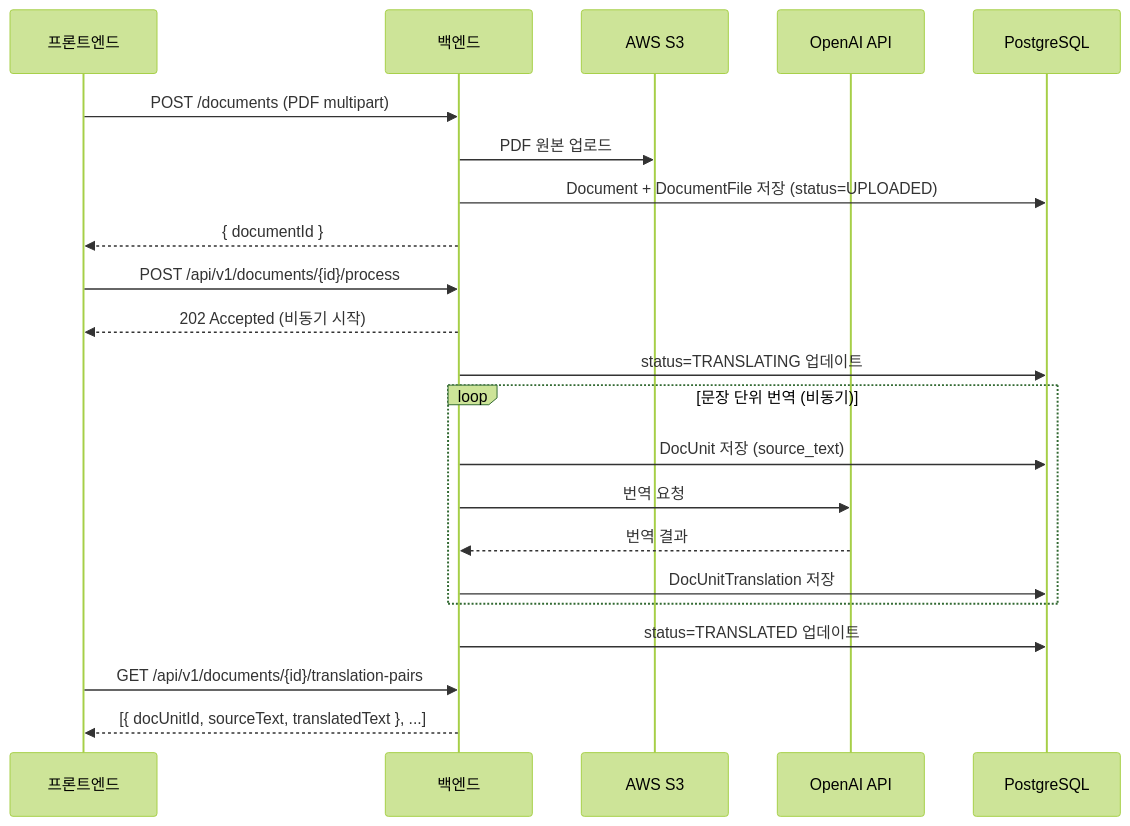
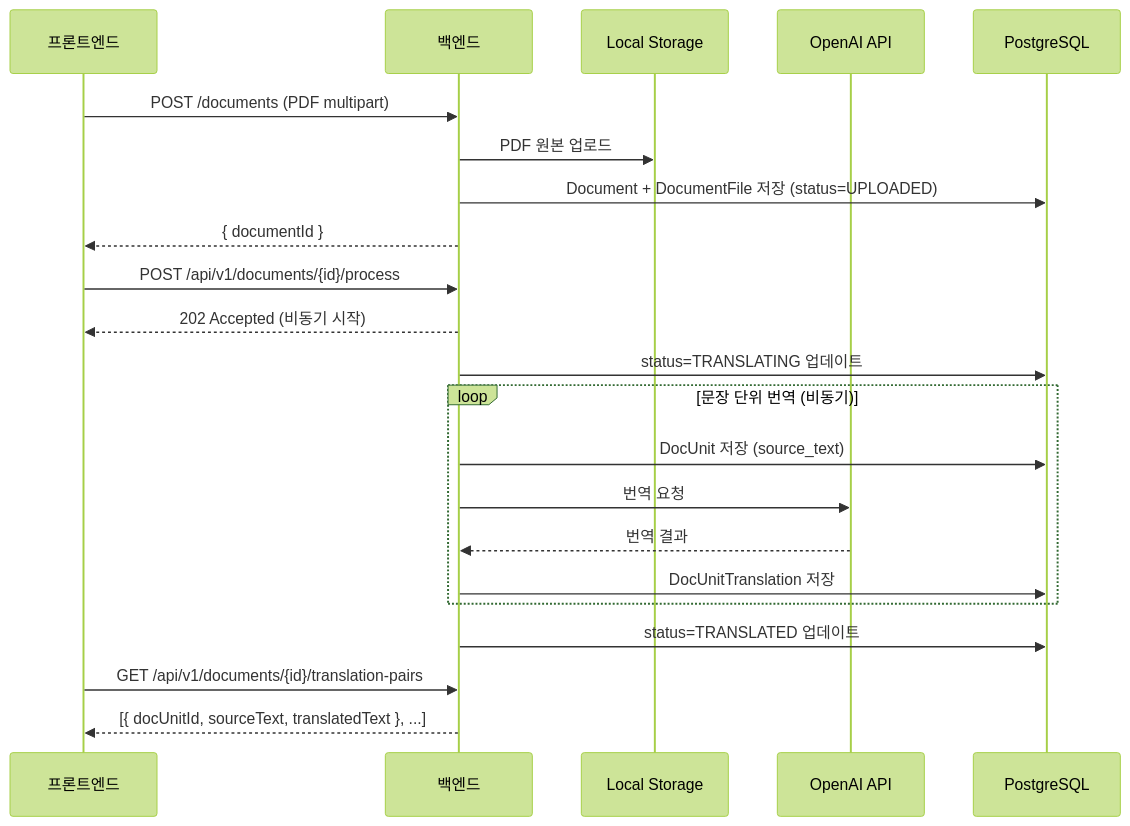
One commit to MintPansy/scholardot changed the second of 2 diagrams in docs/ARCHITECTURE.md. Above: the diagram before and after it, drawn with Mermaid (forest theme). The commit also changed other lines of this file and 30 other files, not shown here.

````diff
--- a/docs/ARCHITECTURE.md
+++ b/docs/ARCHITECTURE.md
@@ -58,29 +58,29 @@
 ```mermaid
 sequenceDiagram
     participant FE as 프론트엔드
     participant BE as 백엔드
-    participant S3 as AWS S3
+    participant S3 as Local Storage
     participant OpenAI as OpenAI API
     participant DB as PostgreSQL
 
     FE->>BE: POST /documents (PDF multipart)
     BE->>S3: PDF 원본 업로드
     BE->>DB: Document + DocumentFile 저장 (status=UPLOADED)
     BE-->>FE: { documentId }
 
     FE->>BE: POST /api/v1/documents/{id}/process
     BE-->>FE: 202 Accepted (비동기 시작)
     BE->>DB: status=TRANSLATING 업데이트
 
     loop 문장 단위 번역 (비동기)
         BE->>DB: DocUnit 저장 (source_text)
         BE->>OpenAI: 번역 요청
         OpenAI-->>BE: 번역 결과
         BE->>DB: DocUnitTranslation 저장
     end
 
     BE->>DB: status=TRANSLATED 업데이트
 
     FE->>BE: GET /api/v1/documents/{id}/translation-pairs
     BE-->>FE: [{ docUnitId, sourceText, translatedText }, ...]
 ```
````
